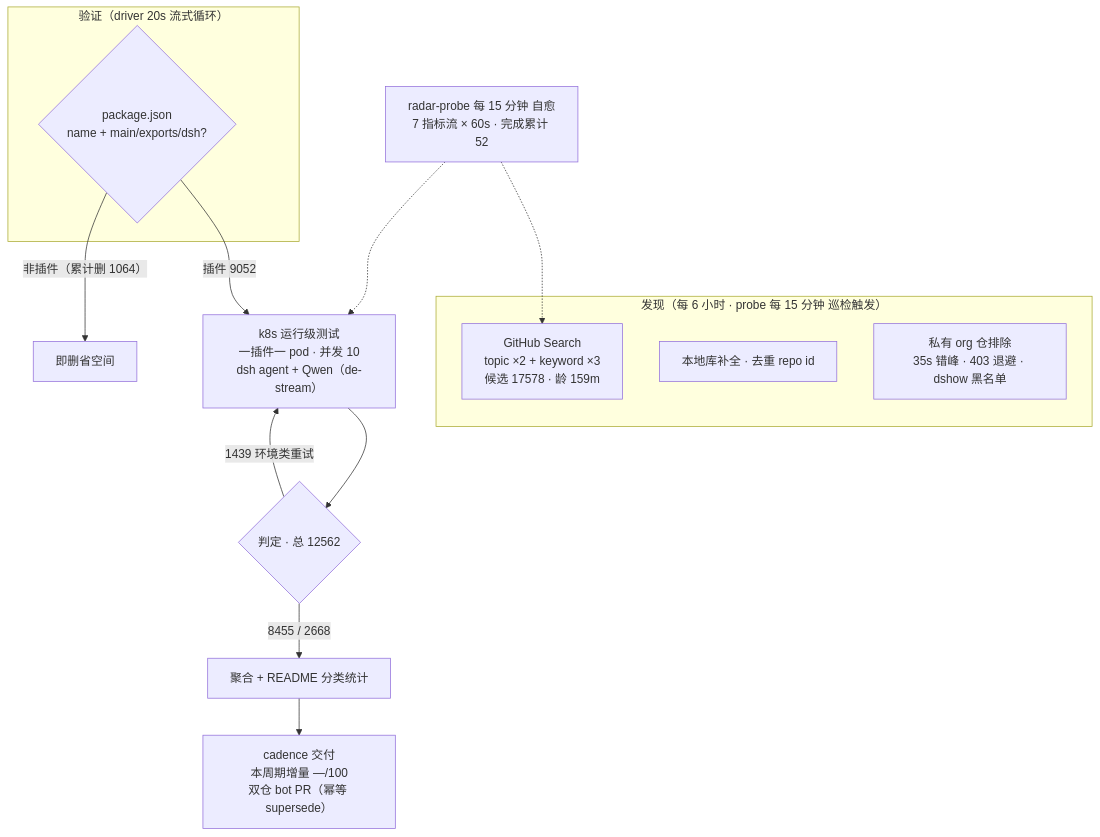
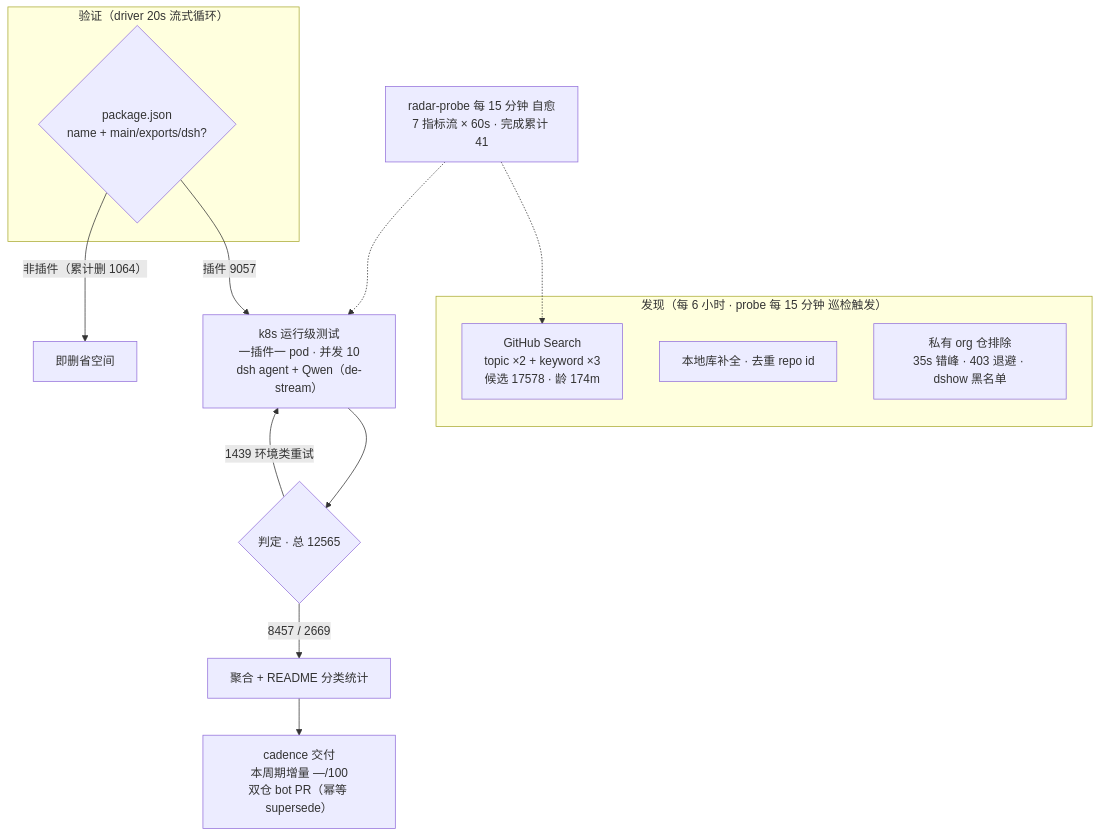
Before and after one commit to Zhidao-Lab-OSS/awesome-dsh-plugins: the diagram in README.md, drawn with Mermaid. The commit also changed other lines of this file and 1 other file, not shown here.

````diff
--- a/README.md
+++ b/README.md
@@ -52,20 +52,20 @@
 ```mermaid
 flowchart TB
     subgraph Discovery["发现（每 6 小时 · probe 每 15 分钟 巡检触发）"]
-        A1["GitHub Search<br/>topic ×2 + keyword ×3<br/>候选 17578 · 龄 159m"]
+        A1["GitHub Search<br/>topic ×2 + keyword ×3<br/>候选 17578 · 龄 174m"]
         A2["本地库补全 · 去重 repo id"]
         A3["私有 org 仓排除<br/>35s 错峰 · 403 退避 · dshow 黑名单"]
     end
     subgraph Validation["验证（driver 20s 流式循环）"]
         B1{"package.json<br/>name + main/exports/dsh?"}
     end
-    B1 -->|"插件 9052"| C1["k8s 运行级测试<br/>一插件一 pod · 并发 10<br/>dsh agent + Qwen（de-stream）"]
+    B1 -->|"插件 9057"| C1["k8s 运行级测试<br/>一插件一 pod · 并发 10<br/>dsh agent + Qwen（de-stream）"]
     B1 -->|"非插件（累计删 1064）"| B3["即删省空间"]
-    C1 --> D1{"判定 · 总 12562"}
-    D1 -->|"8455 / 2668"| E1["聚合 + README 分类统计"]
+    C1 --> D1{"判定 · 总 12565"}
+    D1 -->|"8457 / 2669"| E1["聚合 + README 分类统计"]
     D1 -->|"1439 环境类重试"| C1
     E1 --> E2["cadence 交付<br/>本周期增量 —/100<br/>双仓 bot PR（幂等 supersede）"]
-    M["radar-probe 每 15 分钟 自愈<br/>7 指标流 × 60s · 完成累计 52"]
+    M["radar-probe 每 15 分钟 自愈<br/>7 指标流 × 60s · 完成累计 41"]
     M -.-> A1
     M -.-> C1
 ```
````
